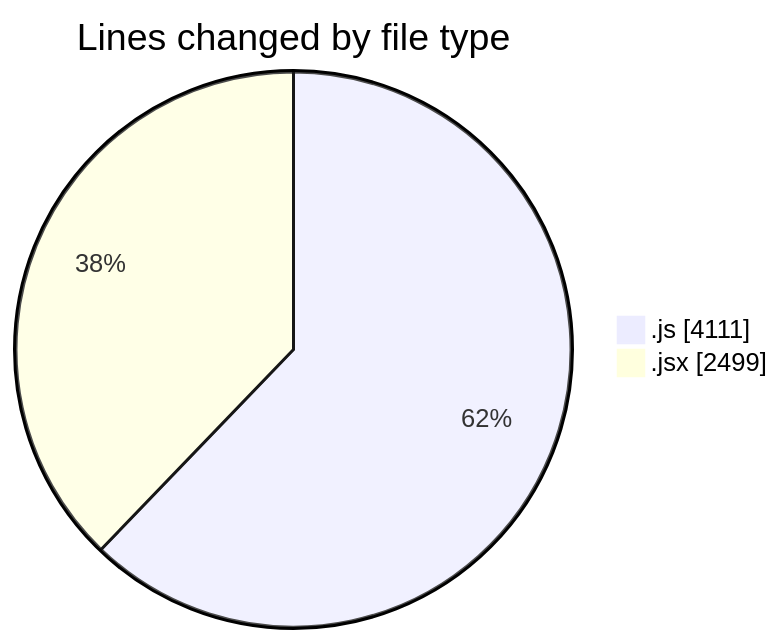
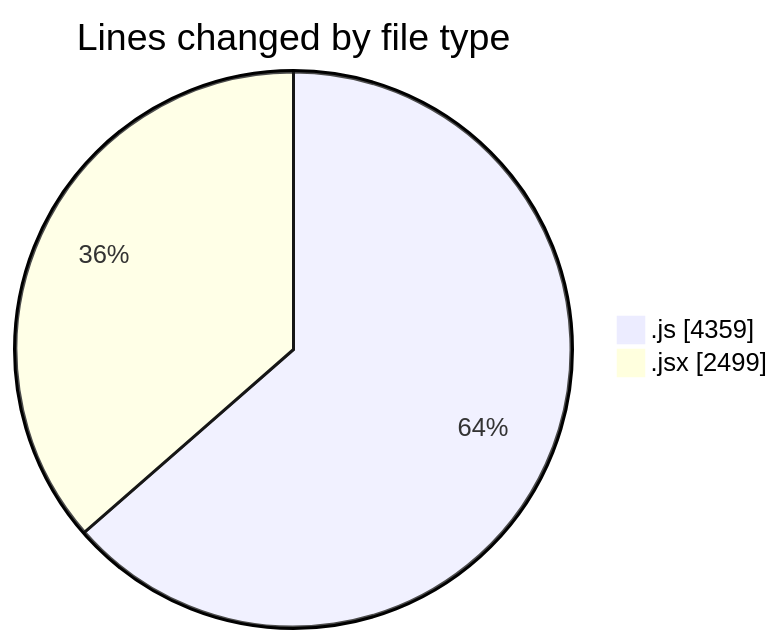
Before and after one commit to nxtqubesakshisongat/code-tracking: the first of 2 diagrams in 2025-08-13/nxtqube_webapp/README.md, drawn with Mermaid. The commit also changed other lines of this file and 1 other file, not shown here.

````diff
--- a/2025-08-13/nxtqube_webapp/README.md
+++ b/2025-08-13/nxtqube_webapp/README.md
@@ -24,6 +25,6 @@
 ```mermaid
 pie showData
 title Lines changed by file type
-".js" : 4111
+".js" : 4359
 ".jsx" : 2499
 ```
````
